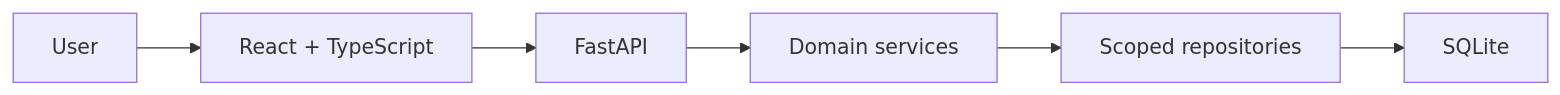
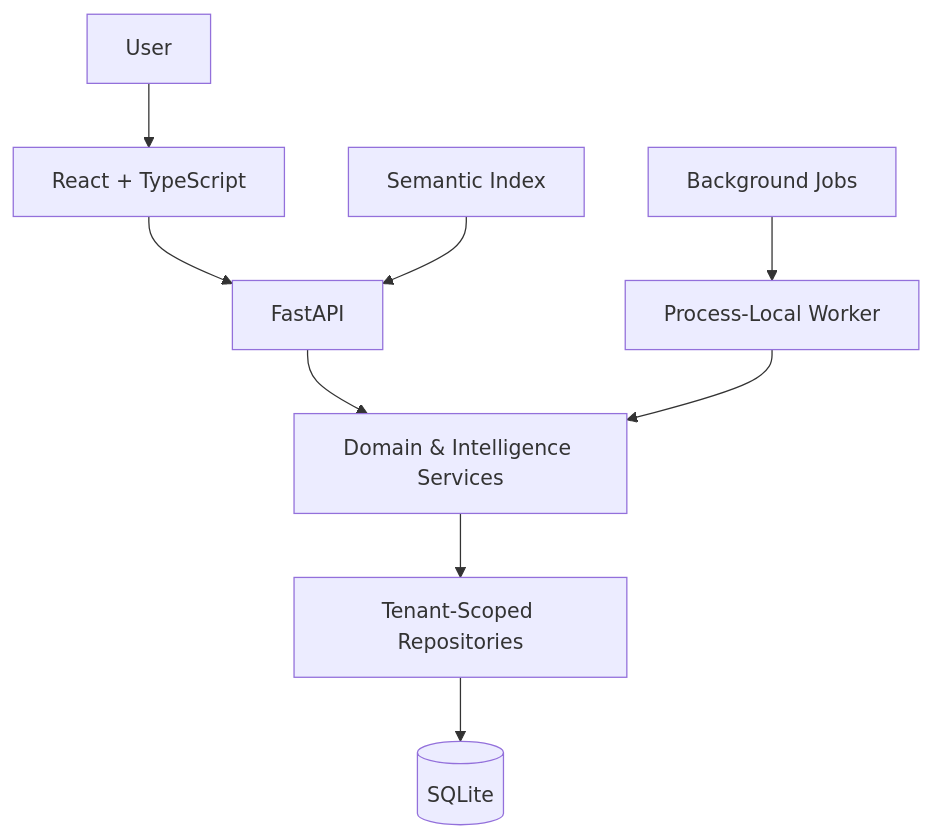
The fourth of 4 diagrams in README.md (VIVEK-MARRI/ThreadLine), drawn with Mermaid before and after one commit. The commit also changed other lines of this file, not shown here.

Commit message:
docs: redesign root README - evidence-first product overview, proof-based architecture diagrams, and honest quick start

````diff
--- a/README.md
+++ b/README.md
@@ -77,8 +69,12 @@
 ```mermaid
-flowchart LR
-    U[User] --> R[React + TypeScript]
-    R --> F[FastAPI]
-    F --> DS[Domain services]
-    DS --> SR[Scoped repositories]
-    SR --> SQ[SQLite]
+flowchart TB
+    U[User] --> FE[React + TypeScript]
+    FE --> API[FastAPI]
+    API --> S[Domain & Intelligence Services]
+    S --> R[Tenant-Scoped Repositories]
+    R --> DB[(SQLite)]
+
+    WORK[Process-Local Worker] --> S
+    J[Background Jobs] --> WORK
+    SEM[Semantic Index] --> API
 ```
````
